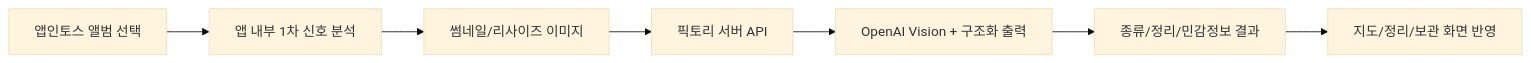
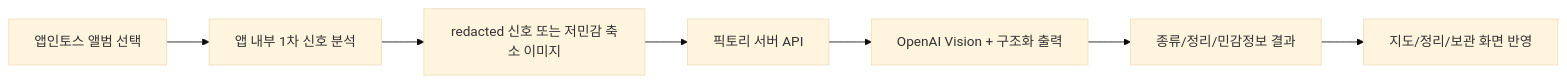
The diagram in docs/apps-in-toss-test-and-monetization.md (Artemis-ignis/pictory-apps-in-toss), drawn with Mermaid (base theme) before and after one commit. The commit also changed other lines of this file and 6 other files, not shown here.

````diff
--- a/docs/apps-in-toss-test-and-monetization.md
+++ b/docs/apps-in-toss-test-and-monetization.md
@@ -179,9 +179,9 @@
 ```mermaid
 flowchart LR
   A["앱인토스 앨범 선택"] --> B["앱 내부 1차 신호 분석"]
-  B --> C["썸네일/리사이즈 이미지"]
+  B --> C["redacted 신호 또는 저민감 축소 이미지"]
   C --> D["픽토리 서버 API"]
   D --> E["OpenAI Vision + 구조화 출력"]
   E --> F["종류/정리/민감정보 결과"]
   F --> G["지도/정리/보관 화면 반영"]
 ```
````
